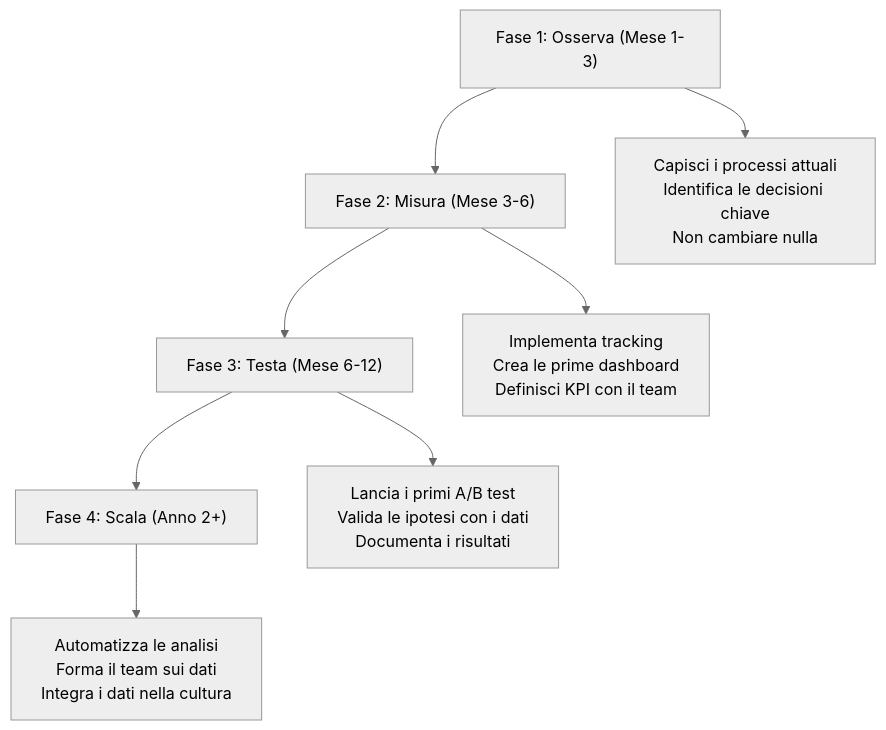
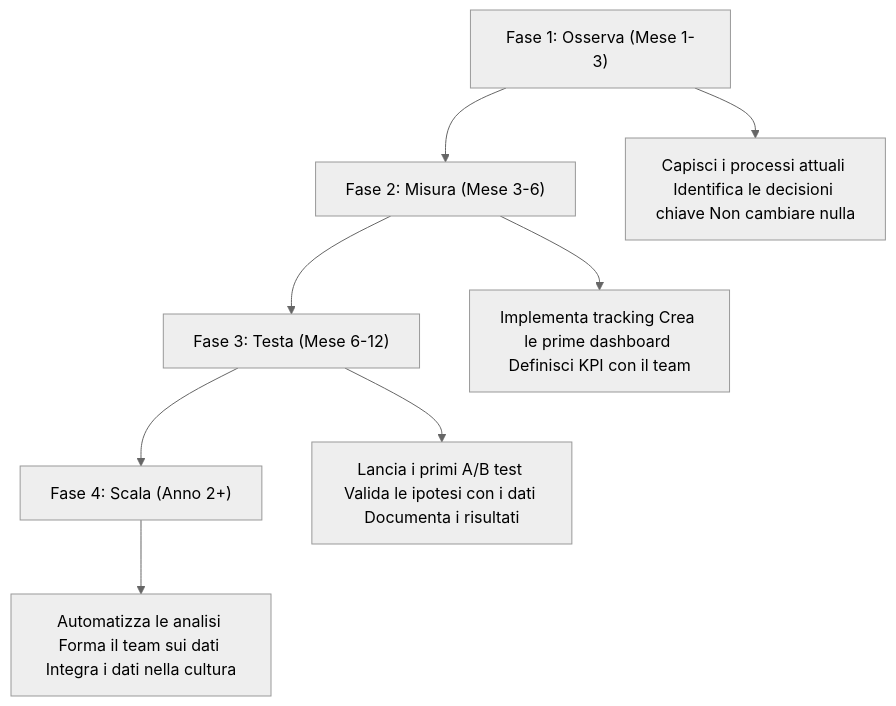
The second of 2 diagrams in src/content/blog/millennial-management.mdx (AndreyBertasini/gynnitech), drawn with Mermaid (neutral theme) before and after one commit. The commit also changed 11 other files, not shown here.

First line of the commit message:
fix(blog): fix mermaid syntax errors for v11.12.2 compatibility

````diff
--- a/src/content/blog/millennial-management.mdx
+++ b/src/content/blog/millennial-management.mdx
@@ -95,11 +95,11 @@
 ```mermaid
 graph TD
     A["Fase 1: Osserva (Mese 1-3)"] --> B["Fase 2: Misura (Mese 3-6)"]
     B --> C["Fase 3: Testa (Mese 6-12)"]
     C --> D["Fase 4: Scala (Anno 2+)"]
     
-    A --> A1["Capisci i processi attuali<br>Identifica le decisioni chiave<br>Non cambiare nulla"]
-    B --> B1["Implementa tracking<br>Crea le prime dashboard<br>Definisci KPI con il team"]
-    C --> C1["Lancia i primi A/B test<br>Valida le ipotesi con i dati<br>Documenta i risultati"]
-    D --> D1["Automatizza le analisi<br>Forma il team sui dati<br>Integra i dati nella cultura"]
+    A --> A1["Capisci i processi attuali Identifica le decisioni chiave Non cambiare nulla"]
+    B --> B1["Implementa tracking Crea le prime dashboard Definisci KPI con il team"]
+    C --> C1["Lancia i primi A/B test Valida le ipotesi con i dati Documenta i risultati"]
+    D --> D1["Automatizza le analisi Forma il team sui dati Integra i dati nella cultura"]
 ```
````
